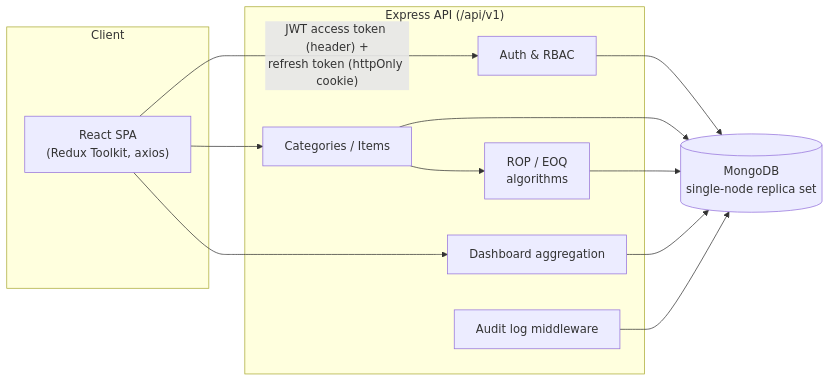
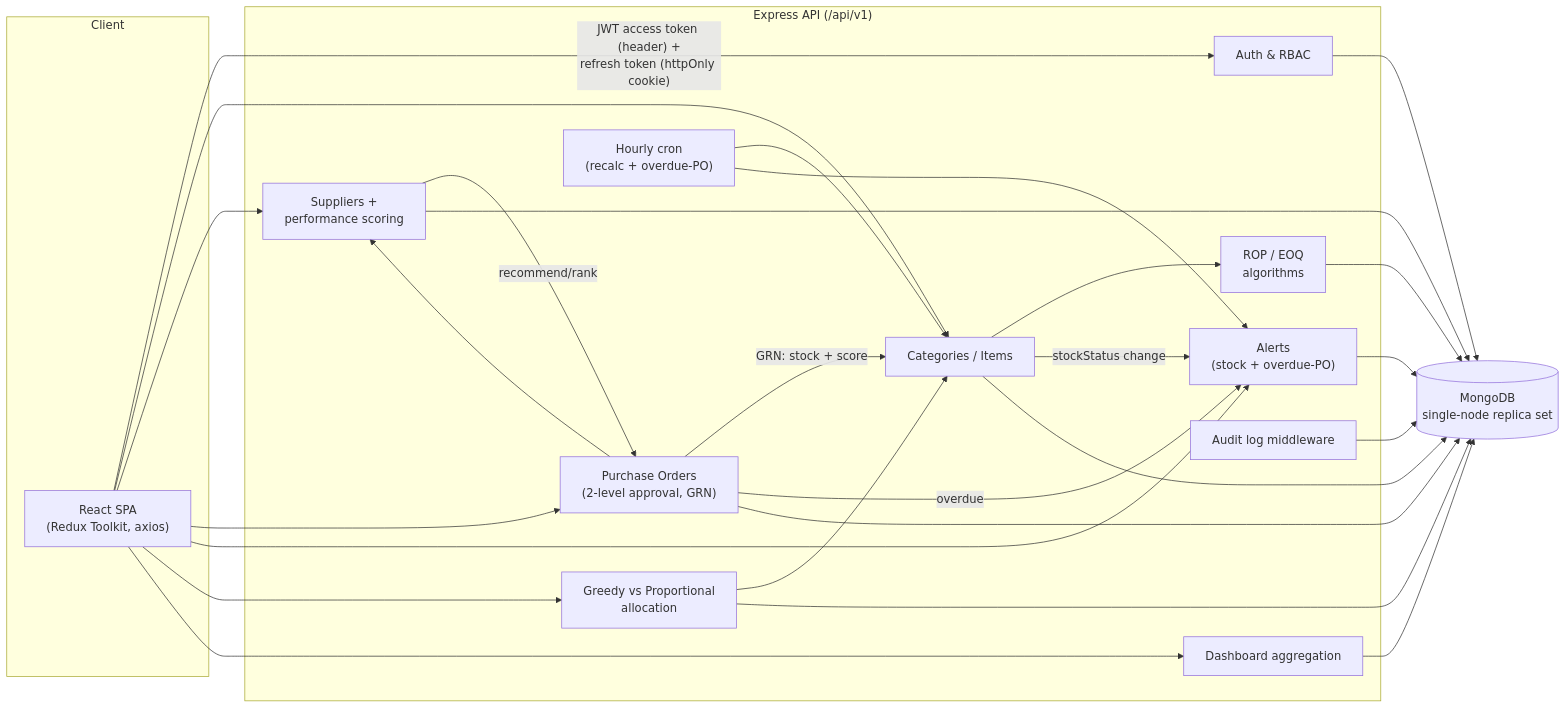
Before and after one commit to ultimate-devs/Inventory-and-supply-chain: the first of 2 diagrams in README.md, drawn with Mermaid. The commit also changed other lines of this file and 76 other files, not shown here.

First line of the commit message:
feat: add purchase orders, suppliers, and allocation algorithms module

````diff
--- a/README.md
+++ b/README.md
@@ -49,24 +57,45 @@
 ```mermaid
 flowchart LR
     subgraph Client
         FE["React SPA\n(Redux Toolkit, axios)"]
     end
     subgraph API["Express API (/api/v1)"]
         AUTH[Auth & RBAC]
         INV[Categories / Items]
         ALGO["ROP / EOQ\nalgorithms"]
+        SUP["Suppliers +\nperformance scoring"]
+        PO["Purchase Orders\n(2-level approval, GRN)"]
+        ALERTS["Alerts\n(stock + overdue-PO)"]
+        GREEDY["Greedy vs Proportional\nallocation"]
         DASH[Dashboard aggregation]
         AUDIT[Audit log middleware]
+        CRON["Hourly cron\n(recalc + overdue-PO)"]
     end
     DB[(MongoDB\nsingle-node replica set)]
 
     FE -- "JWT access token (header) +\nrefresh token (httpOnly cookie)" --> AUTH
     FE --> INV
+    FE --> SUP
+    FE --> PO
+    FE --> ALERTS
+    FE --> GREEDY
     FE --> DASH
     INV --> ALGO
+    SUP -- "recommend/rank" --> PO
+    PO -- "GRN: stock + score" --> INV
+    PO --> SUP
+    INV -- "stockStatus change" --> ALERTS
+    PO -- "overdue" --> ALERTS
+    GREEDY --> INV
+    CRON --> INV
+    CRON --> ALERTS
     AUTH --> DB
     INV --> DB
     ALGO --> DB
+    SUP --> DB
+    PO --> DB
+    ALERTS --> DB
+    GREEDY --> DB
     DASH --> DB
     AUDIT --> DB
 ```
````
